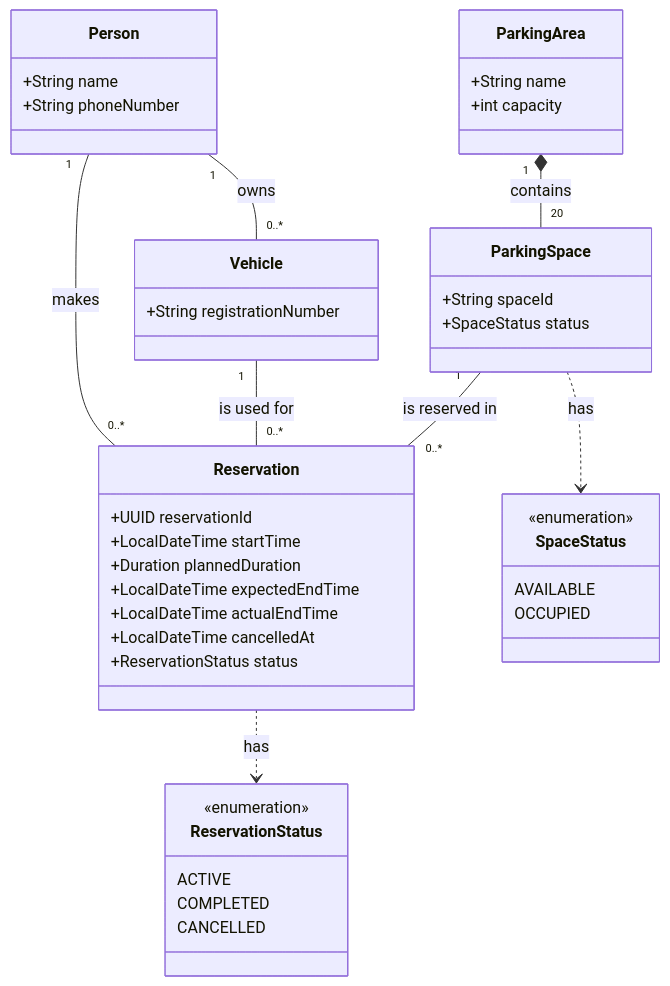
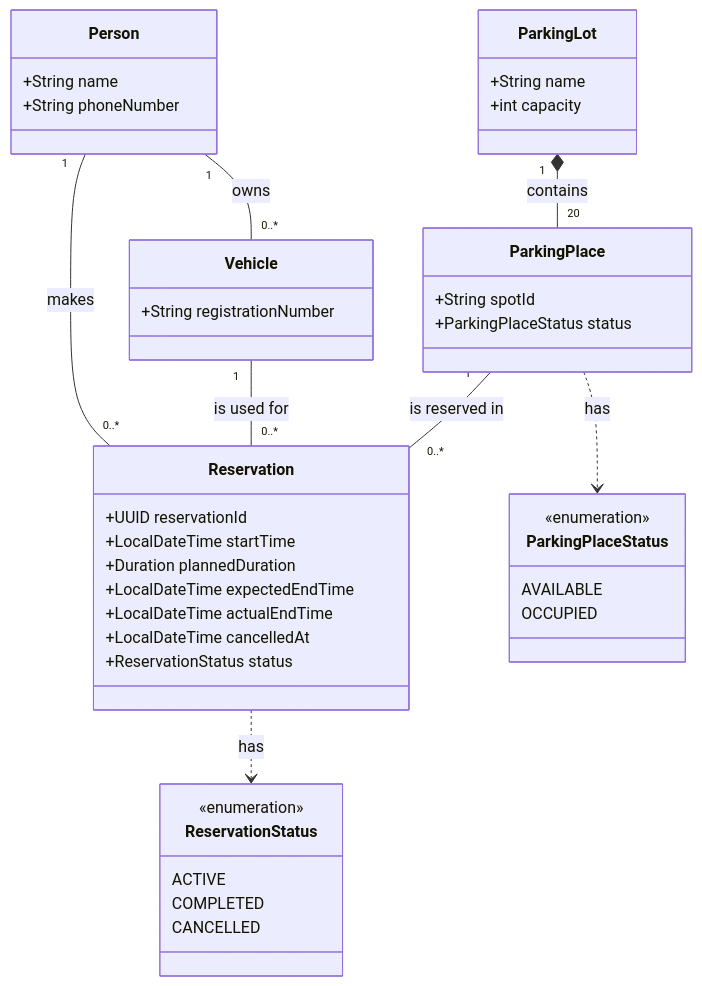
Before and after one commit to tukue/parking-reservation-app: the diagram in README.md, drawn with Mermaid. The commit also changed 10 other files, not shown here.

Commit message:
Align domain model with parking lot terminology

````diff
--- a/README.md
+++ b/README.md
@@ -70,52 +70,52 @@
 ```mermaid
 classDiagram
-    class ParkingArea {
+    class ParkingLot {
         +String name
         +int capacity
     }
 
-    class ParkingSpace {
-        +String spaceId
-        +SpaceStatus status
+    class ParkingPlace {
+        +String spotId
+        +ParkingPlaceStatus status
     }
 
     class Person {
         +String name
         +String phoneNumber
     }
 
     class Vehicle {
         +String registrationNumber
     }
 
     class Reservation {
         +UUID reservationId
         +LocalDateTime startTime
         +Duration plannedDuration
         +LocalDateTime expectedEndTime
         +LocalDateTime actualEndTime
         +LocalDateTime cancelledAt
         +ReservationStatus status
     }
 
-    class SpaceStatus {
+    class ParkingPlaceStatus {
         <<enumeration>>
         AVAILABLE
         OCCUPIED
     }
 
     class ReservationStatus {
         <<enumeration>>
         ACTIVE
         COMPLETED
         CANCELLED
     }
 
-    ParkingArea "1" *-- "20" ParkingSpace : contains
+    ParkingLot "1" *-- "20" ParkingPlace : contains
     Person "1" -- "0..*" Vehicle : owns
     Person "1" -- "0..*" Reservation : makes
     Vehicle "1" -- "0..*" Reservation : is used for
-    ParkingSpace "1" -- "0..*" Reservation : is reserved in
-    ParkingSpace ..> SpaceStatus : has
+    ParkingPlace "1" -- "0..*" Reservation : is reserved in
+    ParkingPlace ..> ParkingPlaceStatus : has
     Reservation ..> ReservationStatus : has
 ```
````
